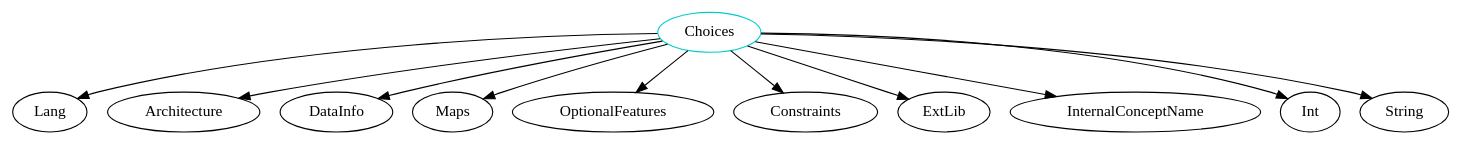
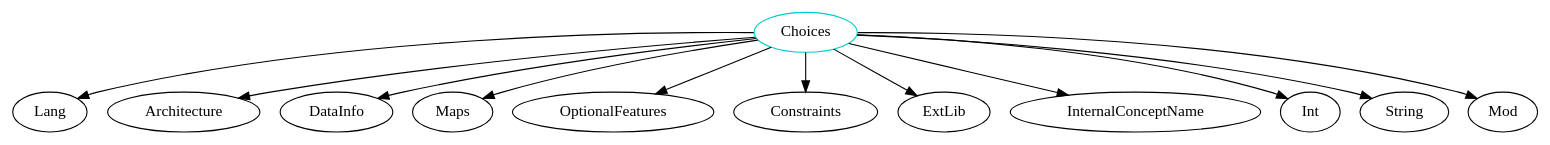
Before and after one commit to JacquesCarette/Drasil: the diagram in analysis/TypeDependencyGraphs/code/Choices.dot, drawn with Graphviz. The commit also changed 331 other files, not shown here.

```diff
--- a/analysis/TypeDependencyGraphs/code/Choices.dot
+++ b/analysis/TypeDependencyGraphs/code/Choices.dot
@@ -1,13 +1,14 @@
 digraph choices{
 Choices	[shape=oval, color=cyan3, label="Choices"];
 Choices -> Lang;
 Choices -> Architecture;
 Choices -> DataInfo;
 Choices -> Maps;
 Choices -> OptionalFeatures;
 Choices -> Constraints;
 Choices -> ExtLib;
 Choices -> InternalConceptName;
 Choices -> Int;
 Choices -> String;
+Choices -> Mod;
 }
```
